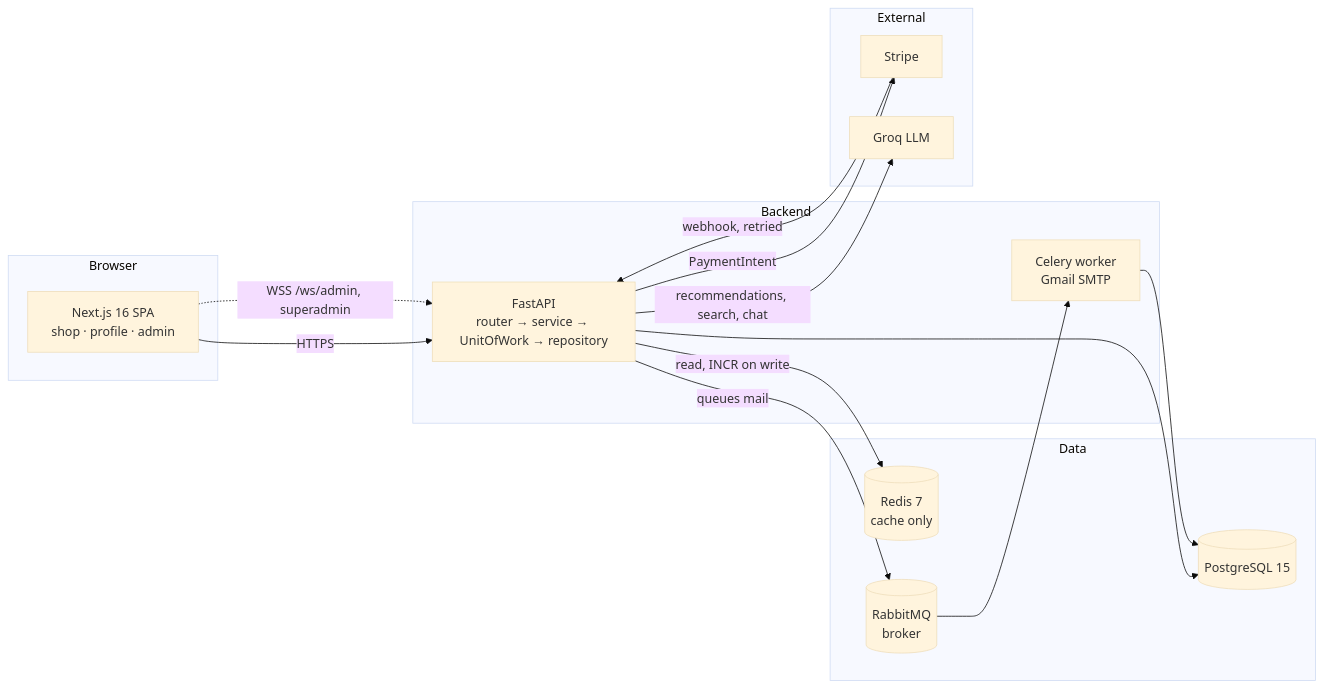
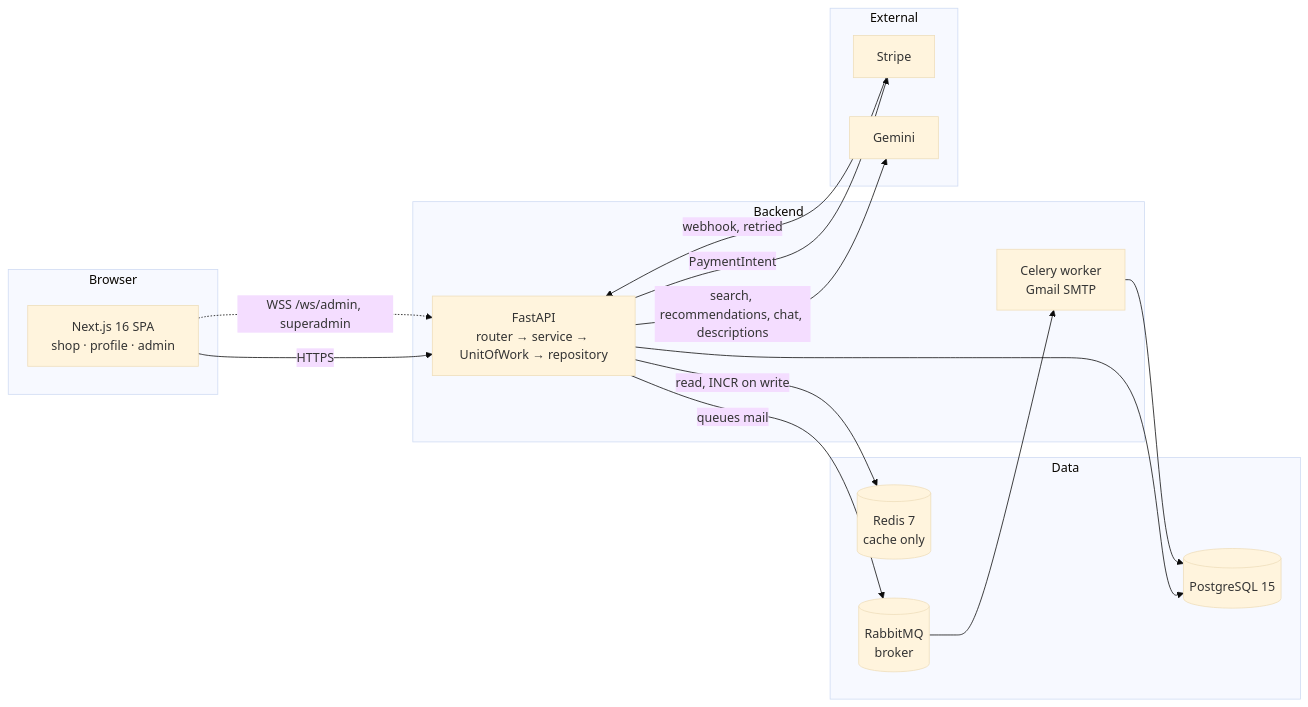
Before and after one commit to bogdan0089/fastapi-ecommerce-backend: the diagram in CLAUDE.md, drawn with Mermaid (base theme). The commit also changed other lines of this file, not shown here.

First line of the commit message:
Bring the architecture notes in line with the Gemini move

````diff
--- a/CLAUDE.md
+++ b/CLAUDE.md
@@ -30,31 +30,31 @@
 ```mermaid
 flowchart LR
     subgraph Browser
         UI[Next.js 16 SPA<br/>shop · profile · admin]
     end
 
     subgraph Backend
         API[FastAPI<br/>router → service → UnitOfWork → repository]
         WORKER[Celery worker<br/>Gmail SMTP]
     end
 
     subgraph Data
         PG[(PostgreSQL 15)]
         REDIS[(Redis 7<br/>cache only)]
         MQ[(RabbitMQ<br/>broker)]
     end
 
     subgraph External
         STRIPE[Stripe]
-        GROQ[Groq LLM]
+        GEMINI[Gemini]
     end
 
     UI -- HTTPS --> API
     UI -. WSS /ws/admin, superadmin .-> API
     API --> PG
     API -- read, INCR on write --> REDIS
     API -- queues mail --> MQ --> WORKER --> PG
     API -- PaymentIntent --> STRIPE
     STRIPE -- webhook, retried --> API
-    API -- recommendations, search, chat --> GROQ
+    API -- search, recommendations, chat, descriptions --> GEMINI
 ```
````
